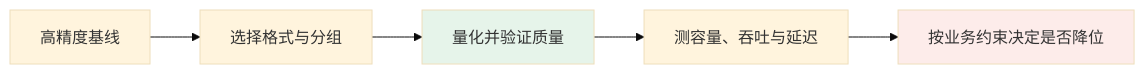
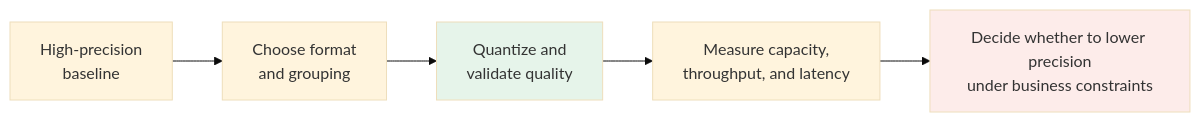
Before and after one commit to oneleaveknowsthefall/awesome-ai-roadmap: the first of 2 diagrams in docs/llm/03-inference-serving/15-quantization.md, drawn with Mermaid (base theme). The commit also changed other lines of this file and 92 other files, not shown here.

````diff
--- a/docs/llm/03-inference-serving/15-quantization.md
+++ b/docs/llm/03-inference-serving/15-quantization.md
@@ -110,10 +110,10 @@
 ```mermaid
 flowchart LR
-    A["高精度基线"] --> B["选择格式与分组"]
-    B --> C["量化并验证质量"]
-    C --> D["测容量、吞吐与延迟"]
-    D --> E["按业务约束决定是否降位"]
+    A["High-precision<br/>baseline"] --> B["Choose format<br/>and grouping"]
+    B --> C["Quantize and<br/>validate quality"]
+    C --> D["Measure capacity,<br/>throughput, and latency"]
+    D --> E["Decide whether to lower precision<br/>under business constraints"]
 
     style C fill:#e6f4ea
     style E fill:#fdecea
 ```
````
